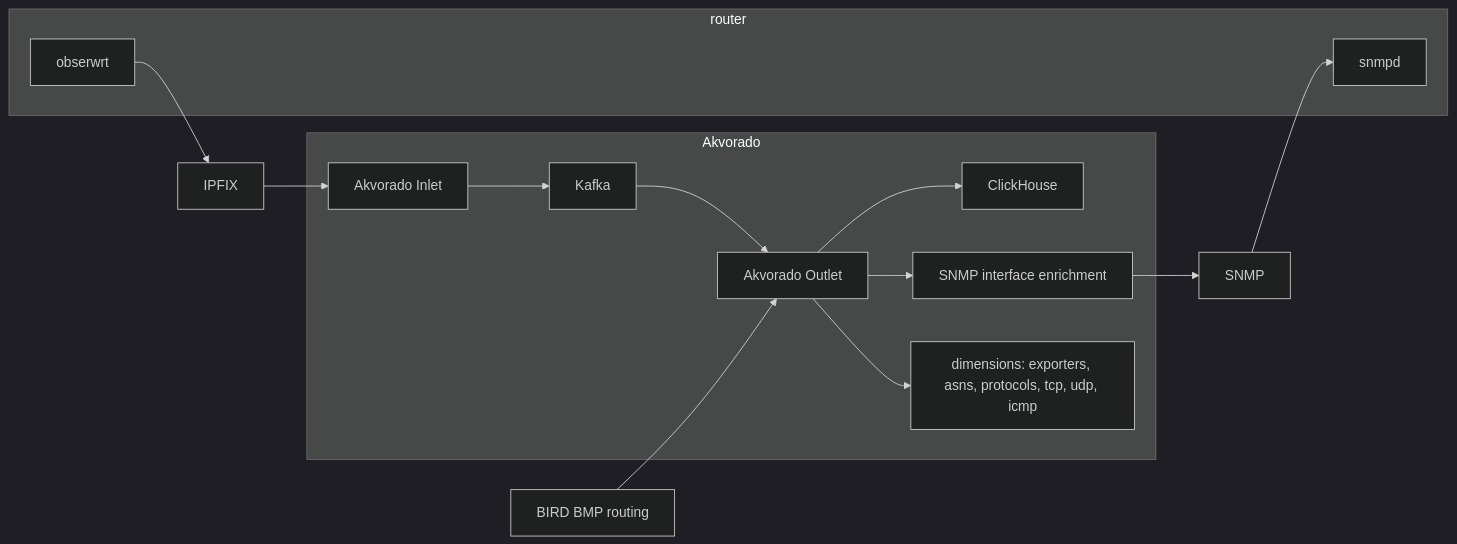
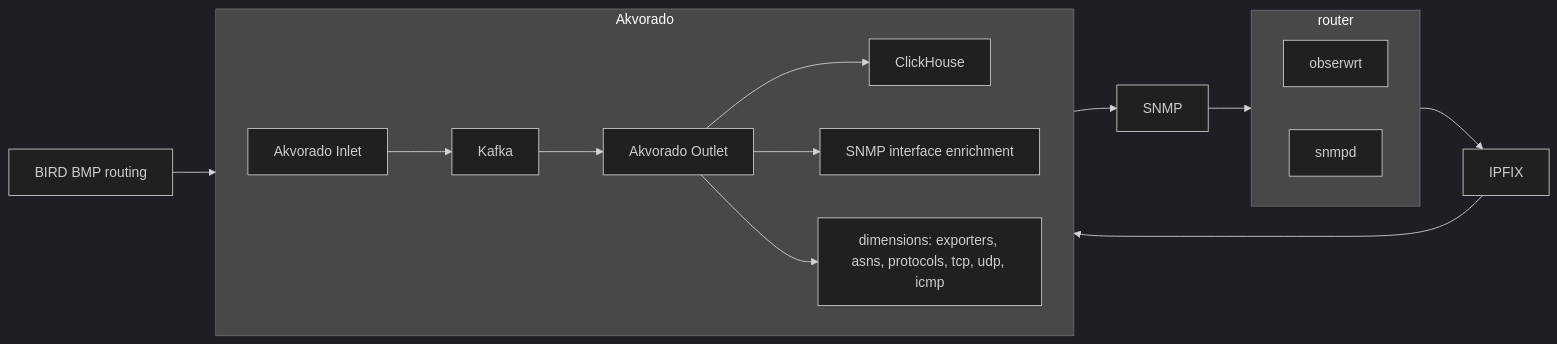
One commit to vooon/obserwrt changed the sixth of 6 diagrams in docs/design.md. Above: the diagram before and after it, drawn with Mermaid (dark theme). The commit also changed 1 other file, not shown here.

Commit message:
docs: simplify C++23 rewrite note; side-by-side §12 Akvorado diagram
- AGENTS.md Project: state the C++23 rewrite once, drop verbose history.
- §12: render router and Akvorado subgraphs side by side (direction LR).

````diff
--- a/docs/design.md
+++ b/docs/design.md
@@ -529,25 +529,27 @@
 ```mermaid
 flowchart LR
     subgraph ROUTER[router]
+        direction LR
         O[obserwrt]
         SNMPD[snmpd]
     end
-    O --> IPFIX[IPFIX]
-    IPFIX --> INLET[Akvorado Inlet]
-    INLET --> KAFKA[Kafka]
-    KAFKA --> OUTLET[Akvorado Outlet]
-    OUTLET --> CH[ClickHouse]
     subgraph AKV[Akvorado]
-        INLET
-        KAFKA
-        OUTLET
-        CH
+        direction LR
+        INLET[Akvorado Inlet]
+        KAFKA[Kafka]
+        OUTLET[Akvorado Outlet]
+        CH[ClickHouse]
         ENR[SNMP interface enrichment]
         DIM[dimensions: exporters, asns, protocols, tcp, udp, icmp]
     end
+    ROUTER --> IPFIX[IPFIX]
+    IPFIX --> AKV
+    INLET --> KAFKA
+    KAFKA --> OUTLET
+    OUTLET --> CH
     OUTLET --> ENR
     ENR --> SNMP[SNMP]
     SNMP --> SNMPD
     BIRD[BIRD BMP routing] --> OUTLET
     OUTLET --> DIM
 ```
````
